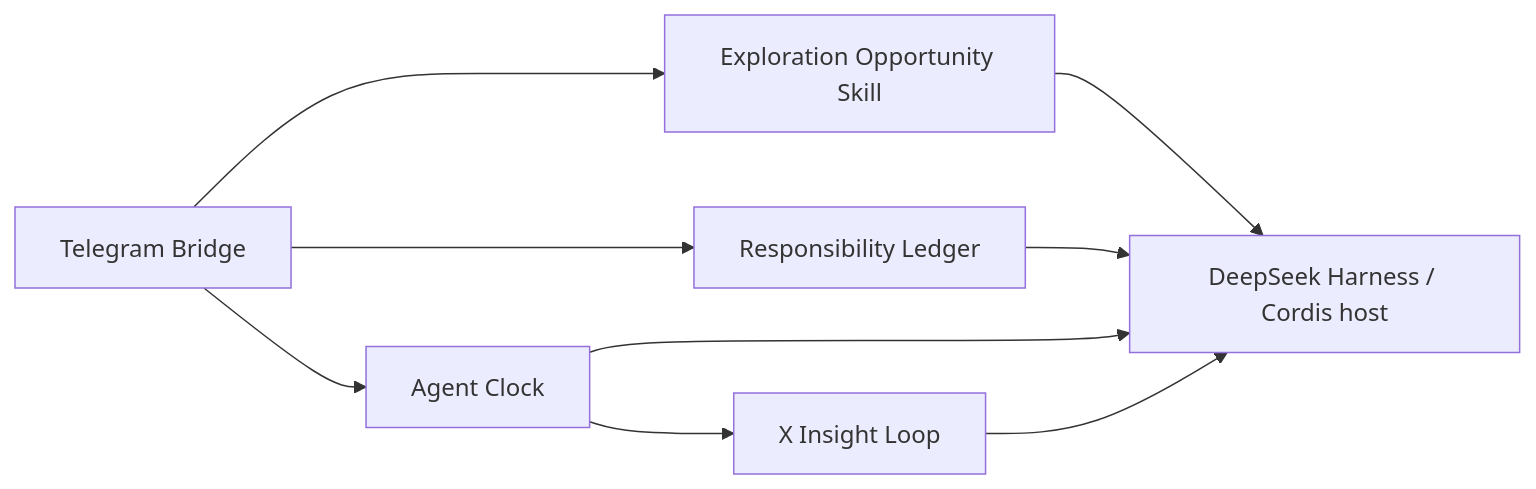
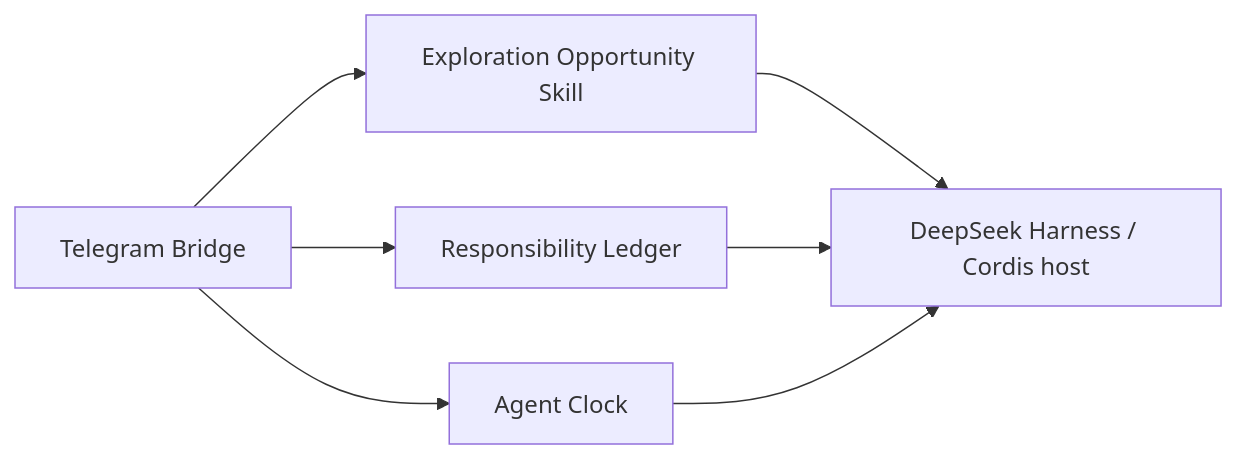
Before and after one commit to HYBB-rash/dsh-plugins: the diagram in README.en.md, drawn with Mermaid. The commit also changed other lines of this file and 172 other files, not shown here.

````diff
--- a/README.en.md
+++ b/README.en.md
@@ -21,11 +20,9 @@
 ```mermaid
 flowchart LR
   TG[Telegram Bridge] --> A[Responsibility Ledger]
   TG --> C[Agent Clock]
-  C --> X[X Insight Loop]
   TG --> E[Exploration Opportunity Skill]
   E --> DSH
   A --> DSH[DeepSeek Harness / Cordis host]
   C --> DSH
-  X --> DSH
 ```
````
